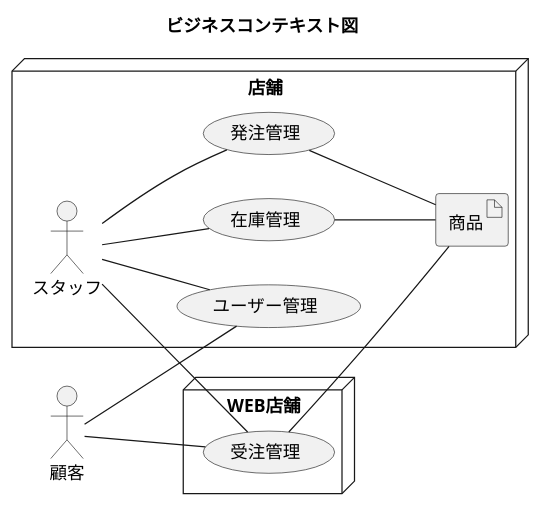
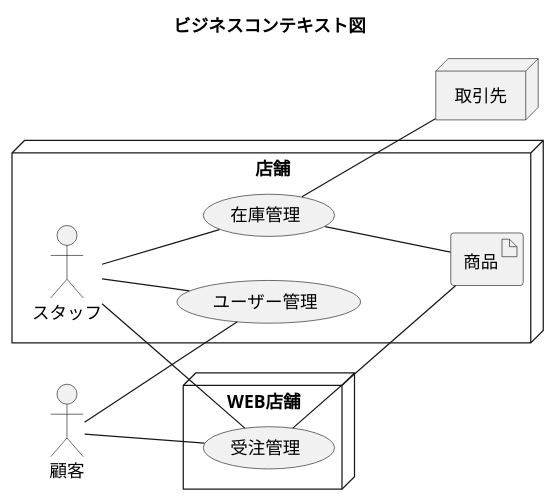
One commit to k2works/application_programing_excercise_2022 changed the fourth of 21 diagrams in docs/index.adoc. Above: the diagram before and after it, drawn with PlantUML. The commit also changed other lines of this file, not shown here.

```diff
--- a/docs/index.adoc
+++ b/docs/index.adoc
@@ -186,35 +186,36 @@
 [plantuml]
 ----
 @startuml
 
 title ビジネスコンテキスト図
 
 left to right direction
 
 actor 顧客 as ac_01
 
-node WEB店舗 {
+node WEB店舗 as no_01{
   usecase 受注管理 as uc_01
 }
 
-node 店舗 {
+node 店舗 as no_02 {
   actor スタッフ as ac_02
 
-  usecase 発注管理 as uc_02
-  usecase 在庫管理 as uc_03
-  usecase ユーザー管理 as uc_04
+  usecase 在庫管理 as uc_02
+  usecase ユーザー管理 as uc_03
   artifact 商品 as ar_01
+}
+
+node 取引先 as no_03 {
 }
 
 ac_01 -- (uc_01)
 ac_02 - (uc_01)
 (uc_01) -- (ar_01)
 ac_02 -- (uc_02)
 (uc_02) -- (ar_01)
+(uc_02) -- no_03
+ac_01 -- (uc_03)
 ac_02 -- (uc_03)
-(uc_03) -- (ar_01)
-ac_01 -- (uc_04)
-ac_02 -- (uc_04)
 
 @enduml
 ----
```
